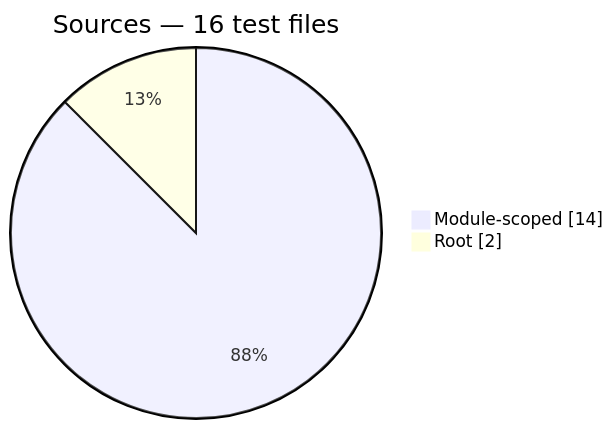
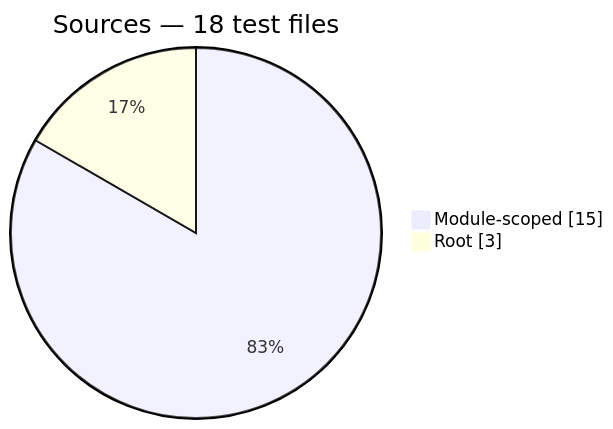
Before and after one commit to PHP-Arazzo/php-arazzo: the fifth of 13 diagrams in docs/generated/test-composition.md, drawn with Mermaid. The commit also changed other lines of this file and 23 other files, not shown here.

Commit message:
docs(generated): sync architecture diagrams and public API reference

````diff
--- a/docs/generated/test-composition.md
+++ b/docs/generated/test-composition.md
@@ -76,6 +76,6 @@
 ```mermaid
 pie showData
-    title Sources — 16 test files
-    "Module-scoped": 14
-    "Root": 2
+    title Sources — 18 test files
+    "Module-scoped": 15
+    "Root": 3
 ```
````
